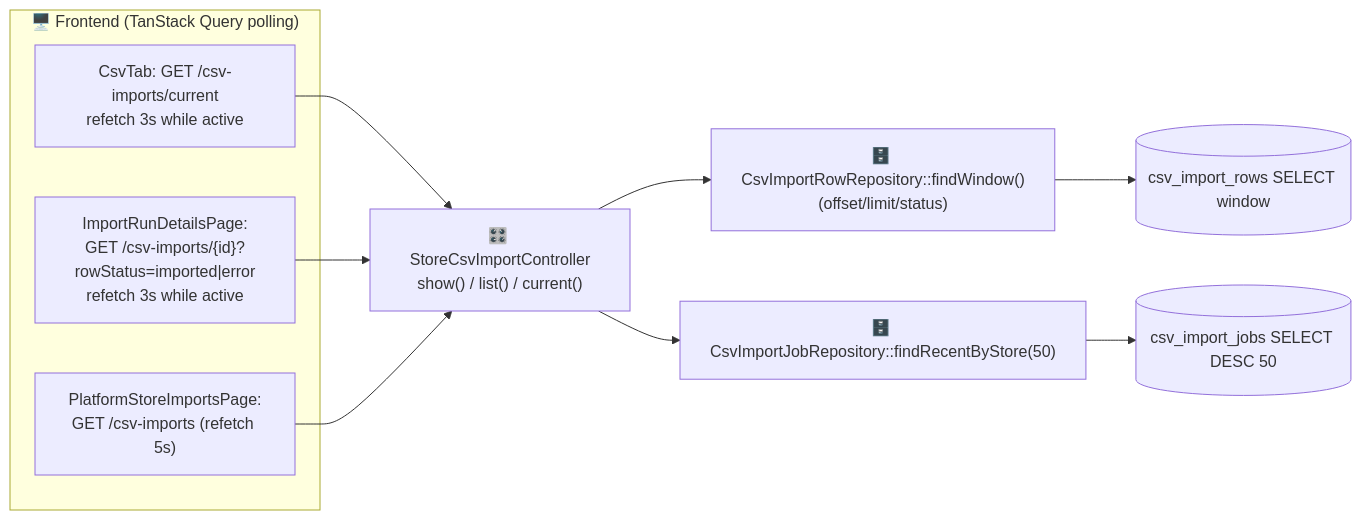
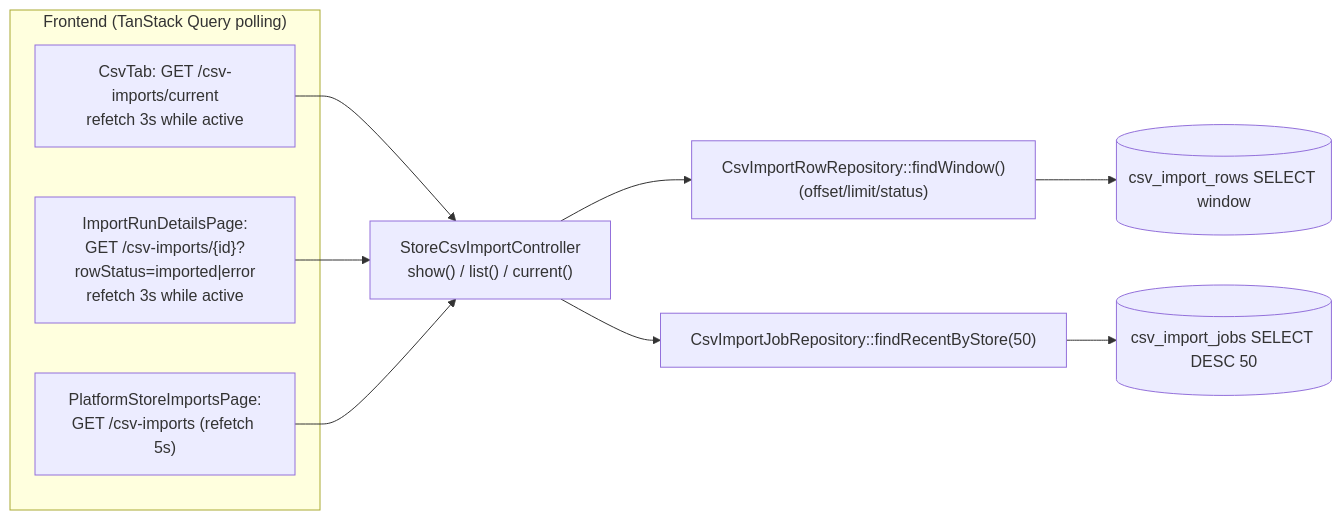
One commit to tedy97123/store changed the fourth of 4 diagrams in architecture/csv-import.md. Above: the diagram before and after it, drawn with Mermaid. The commit also changed other lines of this file and 8 other files, not shown here.

````diff
--- a/architecture/csv-import.md
+++ b/architecture/csv-import.md
@@ -98,13 +141,13 @@
 ```mermaid
 flowchart LR
-    subgraph FE["🖥️ Frontend (TanStack Query polling)"]
+    subgraph FE["Frontend (TanStack Query polling)"]
         cur["CsvTab: GET /csv-imports/current<br/>refetch 3s while active"]
         det["ImportRunDetailsPage:<br/>GET /csv-imports/{id}?rowStatus=imported|error<br/>refetch 3s while active"]
         plat["PlatformStoreImportsPage:<br/>GET /csv-imports (refetch 5s)"]
     end
-    cur & det & plat --> ctl["🎛️ StoreCsvImportController<br/>show() / list() / current()"]
-    ctl --> win["🗄️ CsvImportRowRepository::findWindow()<br/>(offset/limit/status)"]
-    ctl --> recent["🗄️ CsvImportJobRepository::findRecentByStore(50)"]
+    cur & det & plat --> ctl["StoreCsvImportController<br/>show() / list() / current()"]
+    ctl --> win["CsvImportRowRepository::findWindow()<br/>(offset/limit/status)"]
+    ctl --> recent["CsvImportJobRepository::findRecentByStore(50)"]
     win --> db[("csv_import_rows SELECT window")]
     recent --> db2[("csv_import_jobs SELECT DESC 50")]
 ```
````
